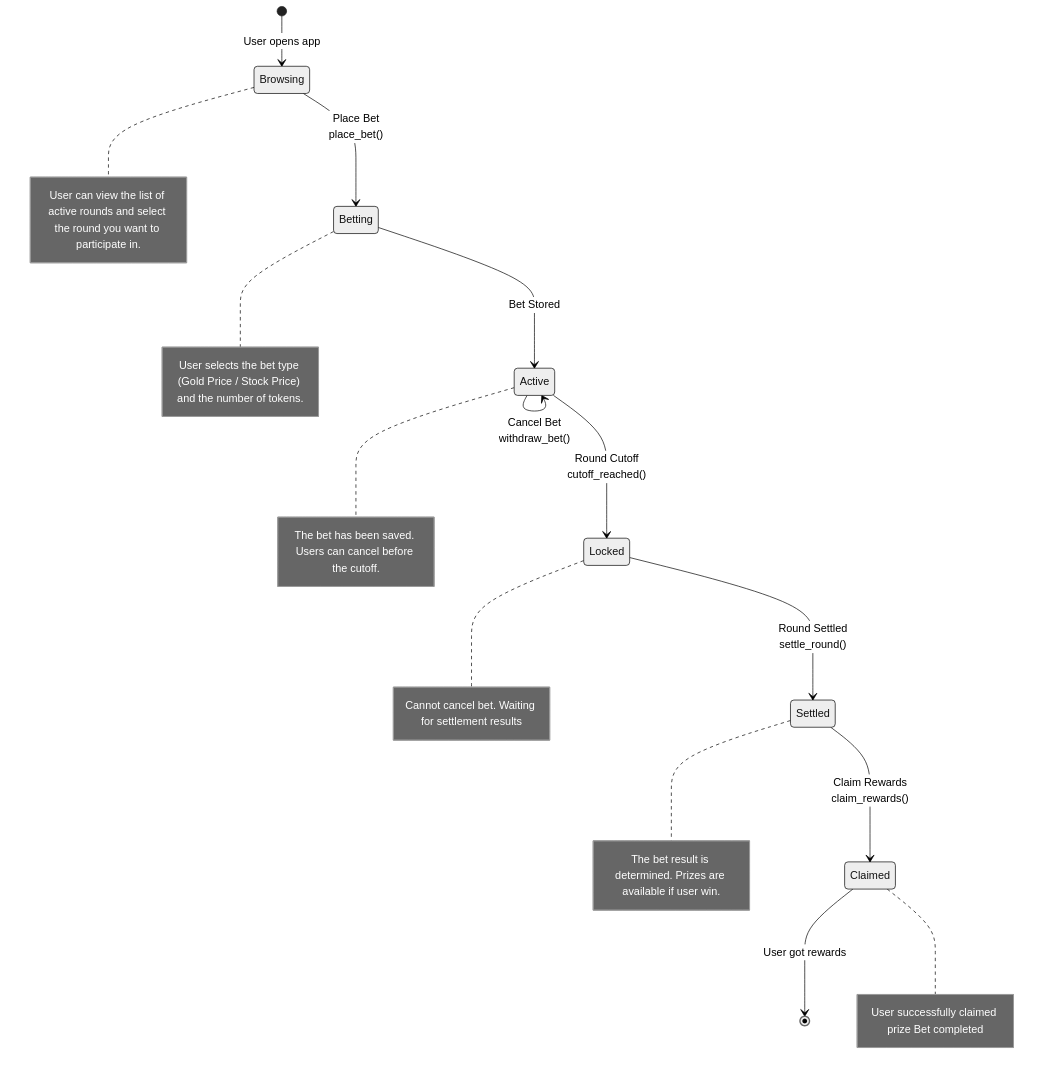
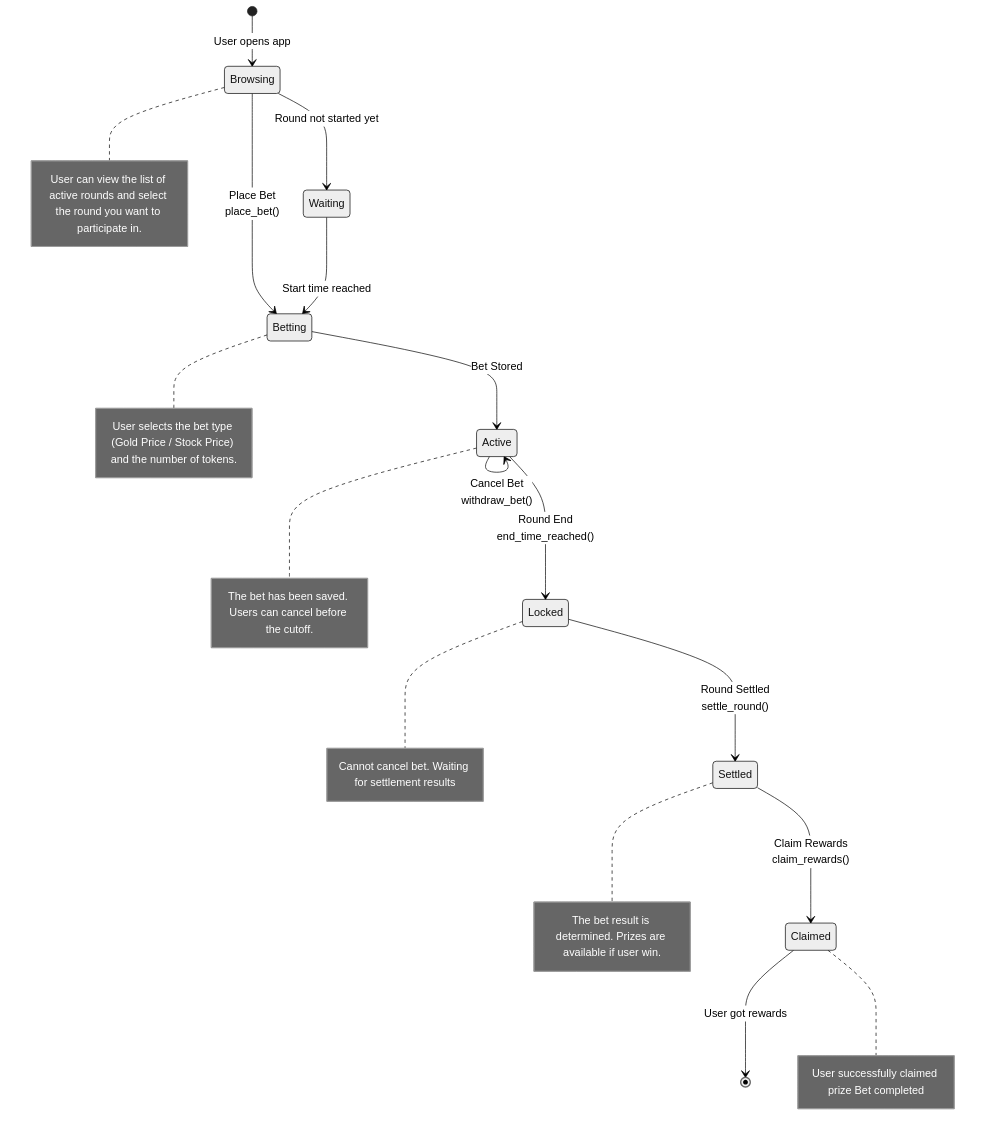
Before and after one commit to muhammad-akbrrr/gold-rush-smartcontract: the fifth of 7 diagrams in README.md, drawn with Mermaid (neutral theme). The commit also changed other lines of this file, not shown here.

Commit message:
fix(readme): admin, user, and keeper flows

````diff
--- a/README.md
+++ b/README.md
@@ -119,40 +217,41 @@
 ```mermaid
 stateDiagram-v2
     [*] --> Browsing: User opens app
 
     Browsing --> Betting: Place Bet<br/>place_bet()
+    Browsing --> Waiting: Round not started yet
+    Waiting --> Betting: Start time reached
     Betting --> Active: Bet Stored
 
     Active --> Active: Cancel Bet<br/>withdraw_bet()
-    Active --> Locked: Round Cutoff<br/>cutoff_reached()
+    Active --> Locked: Round End<br/>end_time_reached()
     
     Locked --> Settled: Round Settled<br/>settle_round()
     Settled --> Claimed: Claim Rewards<br/>claim_rewards()
 
     Claimed --> [*]: User got rewards
 
     note right of Browsing
         User can view the list of active rounds and select the round you want to participate in.
     end note
 
     note right of Betting
         User selects the bet type (Gold Price / Stock Price) and the number of tokens.
     end note
 
     note right of Active
         The bet has been saved. Users can cancel before the cutoff.
     end note
 
     note right of Locked
         Cannot cancel bet. Waiting for settlement results
     end note
 
     note right of Settled
         The bet result is determined. Prizes are available if user win.
     end note
 
     note right of Claimed
         User successfully claimed prize Bet completed
     end note
-
 ```
````
